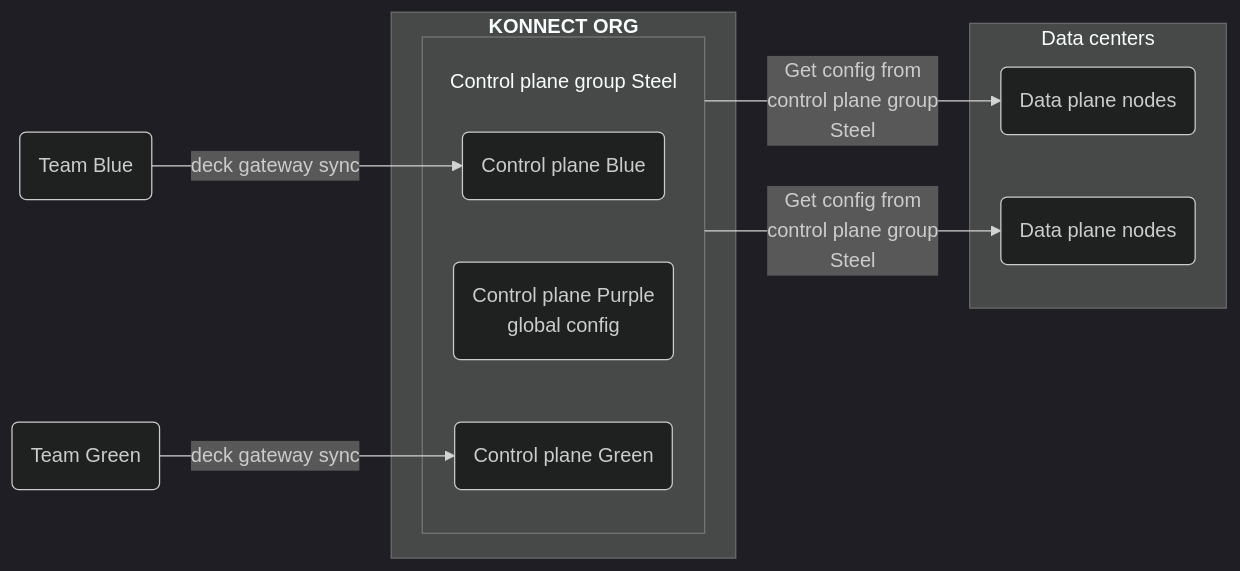
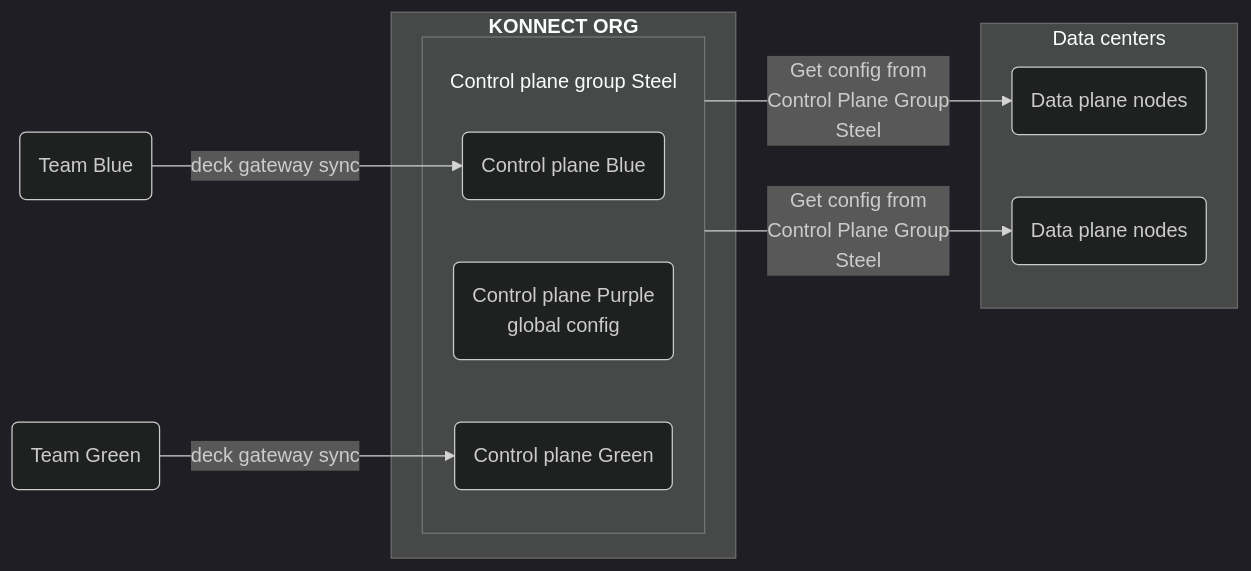
Before and after one commit to Kong/developer.konghq.com: the diagram in app/gateway-manager/control-plane-groups.md, drawn with Mermaid (dark theme). The commit also changed other lines of this file, not shown here.

```diff
--- a/app/gateway-manager/control-plane-groups.md
+++ b/app/gateway-manager/control-plane-groups.md
@@ -80,31 +79,31 @@
 {% mermaid %}
 flowchart LR
   A(Team Blue)
   B(Team Green)
   C(Control plane Blue)
   D(Control plane Purple
     global config)
   E(Control plane Green)
   F(Data plane nodes)
   G(Data plane nodes)
 
   A -- deck gateway sync --> C
   B -- deck gateway sync --> E
 
   subgraph id1 ["`**KONNECT ORG**`"]
     subgraph id2 [<br>Control plane group Steel]
     C
     D
     E
     end
   end
 
   id2 -- Get config from 
-  control plane group
+  Control Plane Group
   Steel--> F & G
 
   subgraph id3 [Data centers]
   F
   G
   end
 {% endmermaid %}
```
